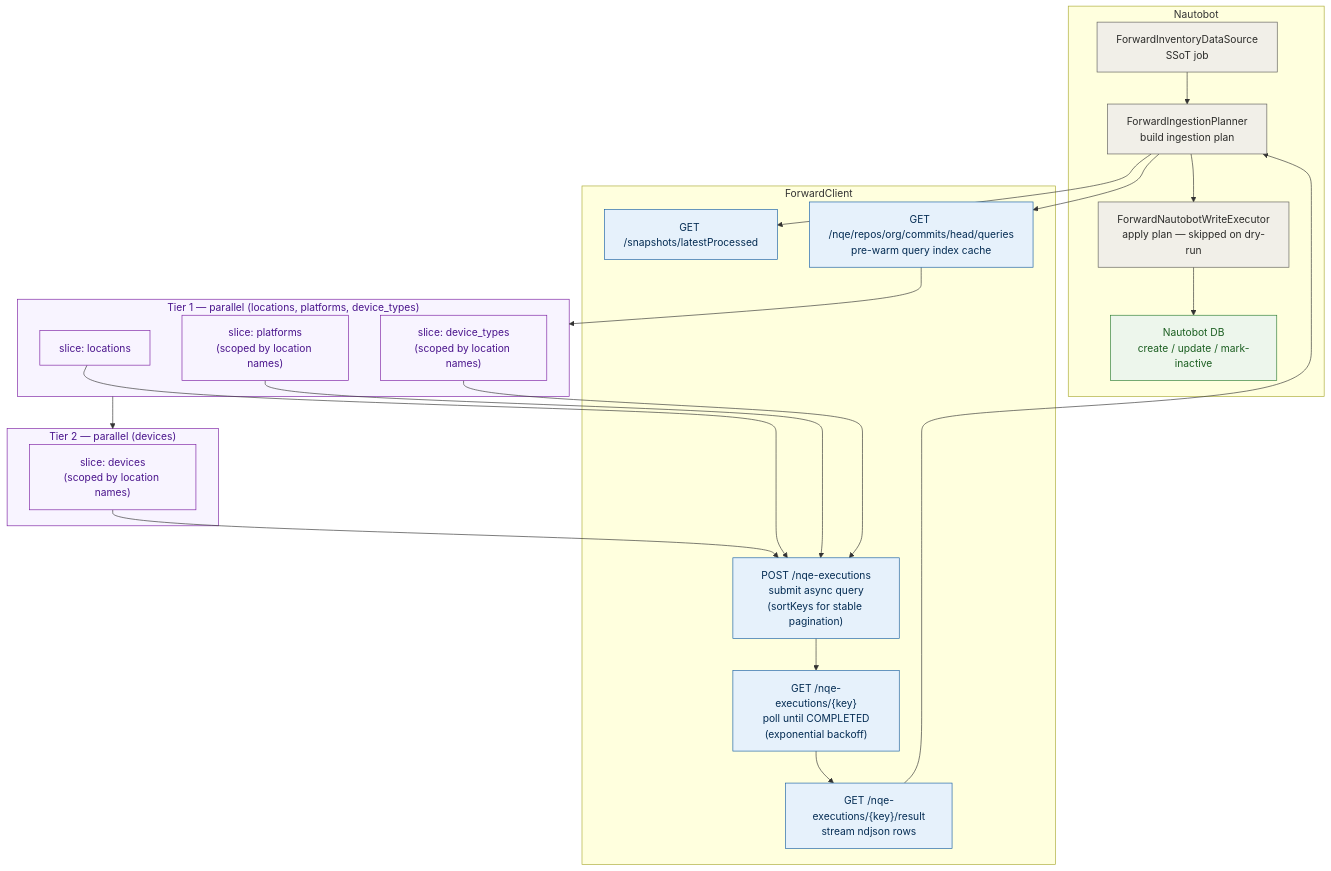
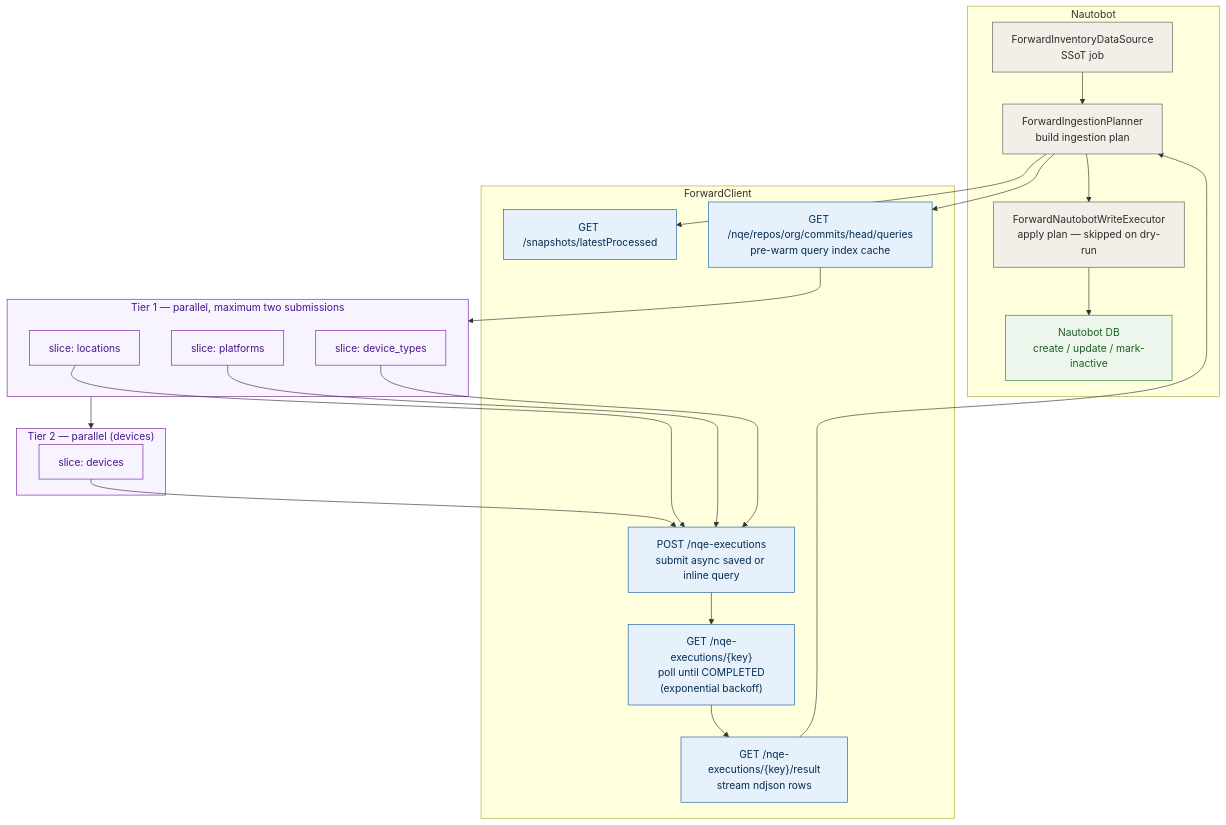
The second of 5 diagrams in docs/architecture-flow.md (forwardnetworks/nautobot-app-ssot-forward), drawn with Mermaid before and after one commit. The commit also changed other lines of this file and 69 other files, not shown here.

First line of the commit message:
feat: add scoped async NQE diffs

````diff
--- a/docs/architecture-flow.md
+++ b/docs/architecture-flow.md
@@ -62,50 +62,50 @@
 ```mermaid
 flowchart TB
     subgraph nautobot["Nautobot"]
         job["ForwardInventoryDataSource\nSSoT job"]
         planner["ForwardIngestionPlanner\nbuild ingestion plan"]
         executor["ForwardNautobotWriteExecutor\napply plan — skipped on dry-run"]
         db["Nautobot DB\ncreate / update / mark-inactive"]
     end
 
     subgraph client["ForwardClient"]
         resolve_snap["GET /snapshots/latestProcessed"]
         prewarm["GET /nqe/repos/org/commits/head/queries\npre-warm query index cache"]
-        submit["POST /nqe-executions\nsubmit async query\n(sortKeys for stable pagination)"]
+        submit["POST /nqe-executions\nsubmit async saved or inline query"]
         poll["GET /nqe-executions/{key}\npoll until COMPLETED\n(exponential backoff)"]
         result["GET /nqe-executions/{key}/result\nstream ndjson rows"]
     end
 
     job --> planner
     planner --> resolve_snap
     planner --> prewarm
 
-    subgraph tier1["Tier 1 — parallel (locations, platforms, device_types)"]
+    subgraph tier1["Tier 1 — parallel, maximum two submissions"]
         t1a["slice: locations"]
-        t1b["slice: platforms\n(scoped by location names)"]
-        t1c["slice: device_types\n(scoped by location names)"]
+        t1b["slice: platforms"]
+        t1c["slice: device_types"]
     end
 
     subgraph tier2["Tier 2 — parallel (devices)"]
-        t2["slice: devices\n(scoped by location names)"]
+        t2["slice: devices"]
     end
 
     prewarm --> tier1
     tier1 --> tier2
     t1a & t1b & t1c & t2 --> submit
     submit --> poll --> result
 
     result --> planner
     planner --> executor
     executor --> db
 
     classDef neutral fill:#F1EFE8,stroke:#5F5E5A,color:#2C2C2A;
     classDef fwdnode fill:#E6F1FB,stroke:#185FA5,color:#042C53;
     classDef nbnode fill:#EDF6EC,stroke:#2E7D32,color:#1B5E20;
     classDef tier fill:#F8F4FF,stroke:#7B1FA2,color:#4A148C;
 
     class job,planner,executor neutral;
     class resolve_snap,prewarm,submit,poll,result fwdnode;
     class db nbnode;
     class t1a,t1b,t1c,t2,tier1,tier2 tier;
 ```
````
